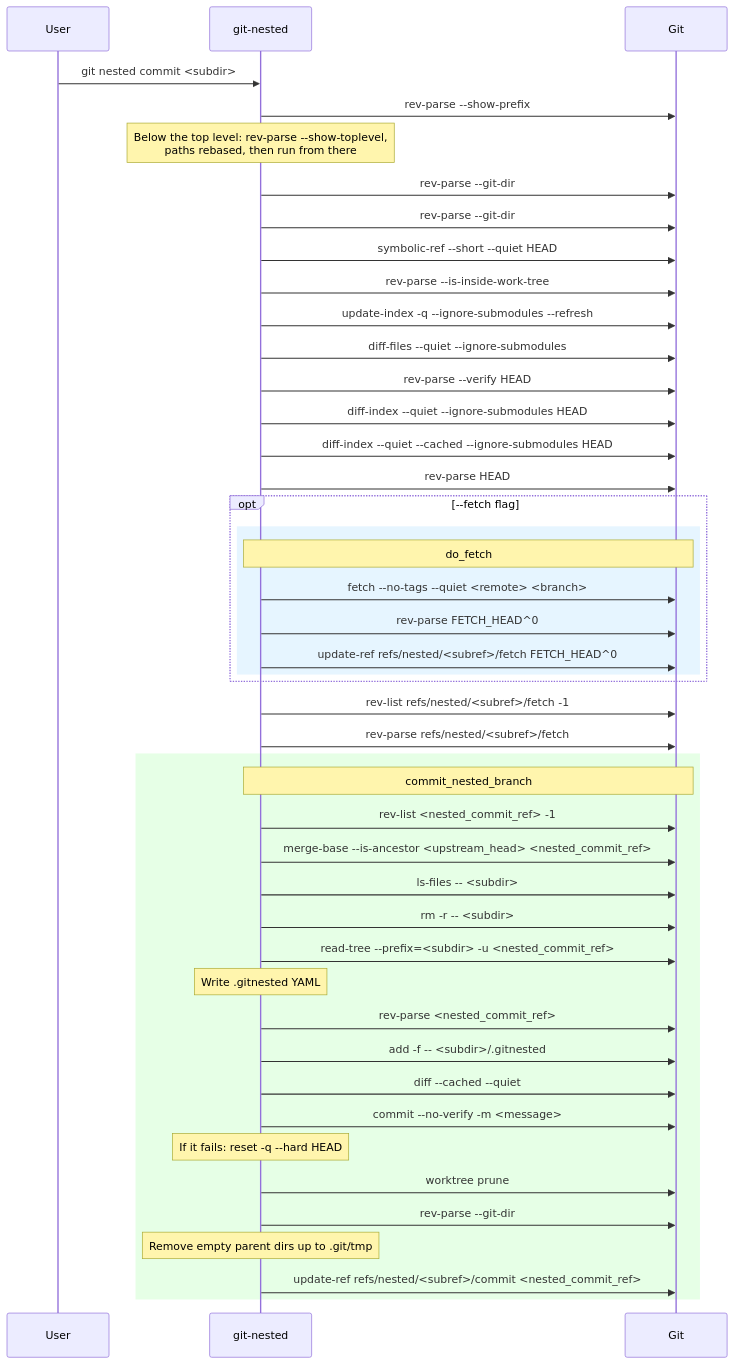
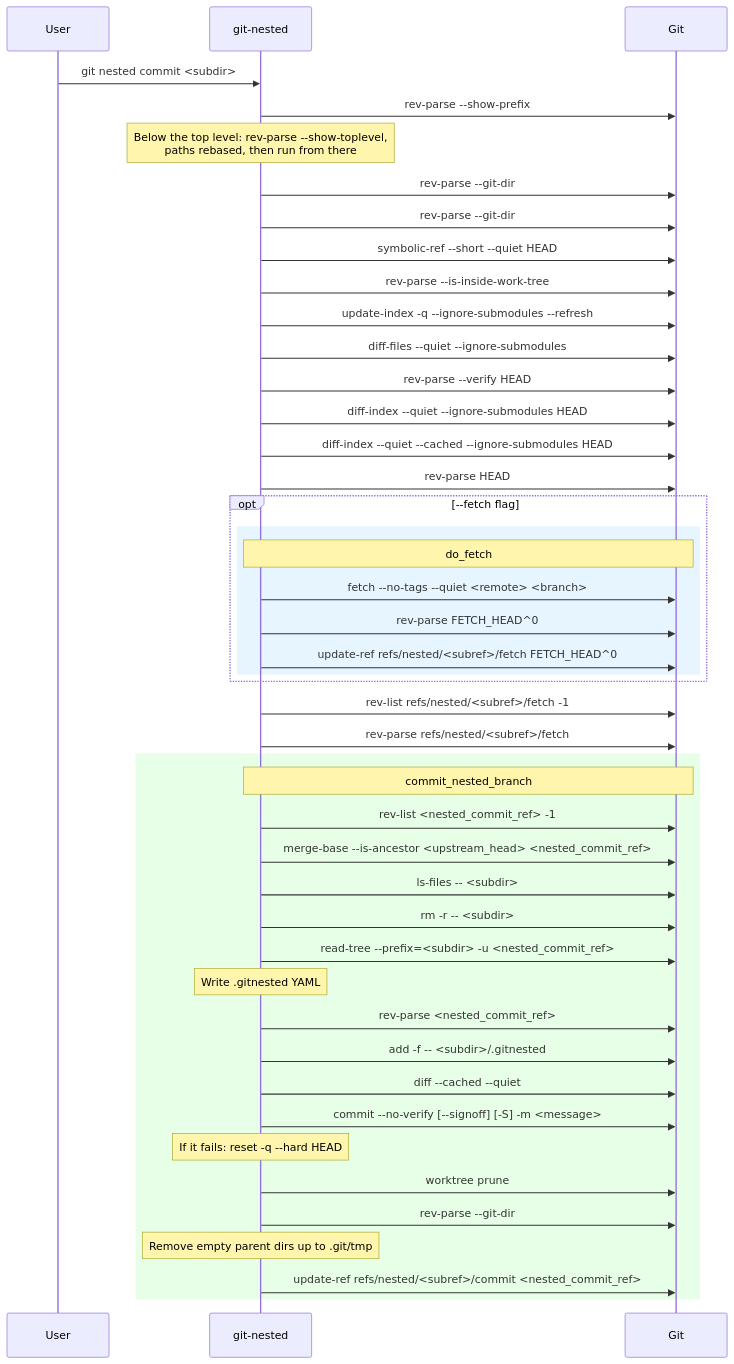
One commit to thorsten-klein/git-nested changed the ninth of 14 diagrams in docs/diagrams.md. Above: the diagram before and after it, drawn with Mermaid. The commit also changed other lines of this file and 7 other files, not shown here.

First line of the commit message:
feat: `--signoff` and `--gpg-sign` for the commits git-nested makes (#138)

````diff
--- a/docs/diagrams.md
+++ b/docs/diagrams.md
@@ -520,51 +520,51 @@
 ```mermaid
 sequenceDiagram
     participant User
     participant git-nested
     participant Git
 
     User->>git-nested: git nested commit <subdir>
     git-nested->>Git: rev-parse --show-prefix
     Note over git-nested: Below the top level: rev-parse --show-toplevel,<br/>paths rebased, then run from there
     git-nested->>Git: rev-parse --git-dir
     git-nested->>Git: rev-parse --git-dir
     git-nested->>Git: symbolic-ref --short --quiet HEAD
     git-nested->>Git: rev-parse --is-inside-work-tree
     git-nested->>Git: update-index -q --ignore-submodules --refresh
     git-nested->>Git: diff-files --quiet --ignore-submodules
     git-nested->>Git: rev-parse --verify HEAD
     git-nested->>Git: diff-index --quiet --ignore-submodules HEAD
     git-nested->>Git: diff-index --quiet --cached --ignore-submodules HEAD
     git-nested->>Git: rev-parse HEAD
 
     opt --fetch flag
         rect rgb(230, 245, 255)
             Note over git-nested,Git: do_fetch
             git-nested->>Git: fetch --no-tags --quiet <remote> <branch>
             git-nested->>Git: rev-parse FETCH_HEAD^0
             git-nested->>Git: update-ref refs/nested/<subref>/fetch FETCH_HEAD^0
         end
     end
 
     git-nested->>Git: rev-list refs/nested/<subref>/fetch -1
     git-nested->>Git: rev-parse refs/nested/<subref>/fetch
 
     rect rgb(230, 255, 230)
         Note over git-nested,Git: commit_nested_branch
         git-nested->>Git: rev-list <nested_commit_ref> -1
         git-nested->>Git: merge-base --is-ancestor <upstream_head> <nested_commit_ref>
         git-nested->>Git: ls-files -- <subdir>
         git-nested->>Git: rm -r -- <subdir>
         git-nested->>Git: read-tree --prefix=<subdir> -u <nested_commit_ref>
         Note over git-nested: Write .gitnested YAML
         git-nested->>Git: rev-parse <nested_commit_ref>
         git-nested->>Git: add -f -- <subdir>/.gitnested
         git-nested->>Git: diff --cached --quiet
-        git-nested->>Git: commit --no-verify -m <message>
+        git-nested->>Git: commit --no-verify [--signoff] [-S] -m <message>
         Note over git-nested: If it fails: reset -q --hard HEAD
         git-nested->>Git: worktree prune
         git-nested->>Git: rev-parse --git-dir
         Note over git-nested: Remove empty parent dirs up to .git/tmp
         git-nested->>Git: update-ref refs/nested/<subref>/commit <nested_commit_ref>
     end
 ```
````
